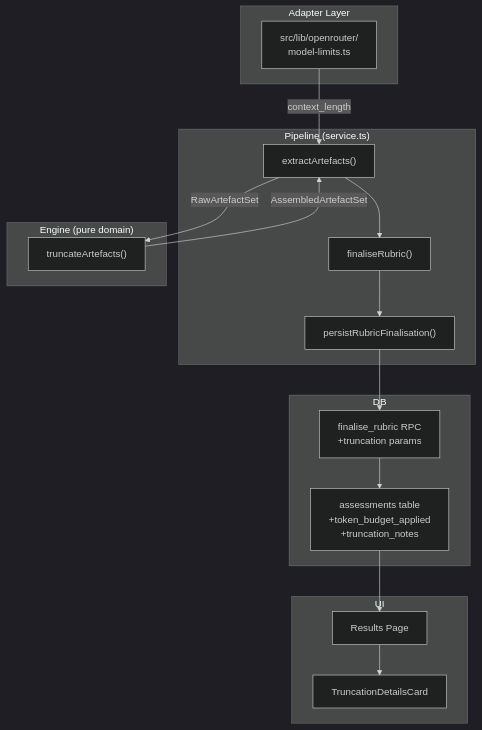
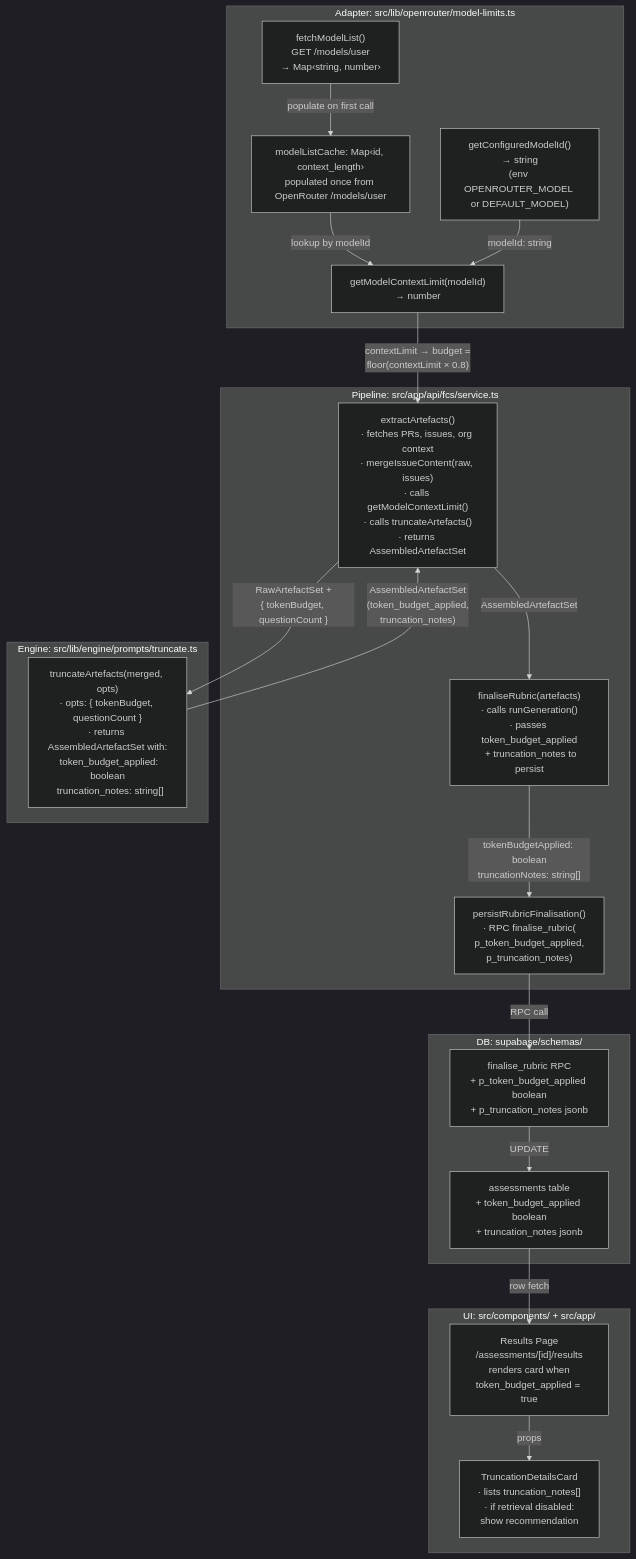
One commit to mironyx/feature-comprehension-score changed the third of 3 diagrams in docs/design/lld-v5-e1-token-budget.md. Above: the diagram before and after it, drawn with Mermaid (dark theme). The commit also changed other lines of this file and 2 other files, not shown here.

````diff
--- a/docs/design/lld-v5-e1-token-budget.md
+++ b/docs/design/lld-v5-e1-token-budget.md
@@ -71,32 +73,42 @@
 ```mermaid
 graph TD
-    subgraph "Adapter Layer"
-        ORM["src/lib/openrouter/\nmodel-limits.ts"]
-    end
-    subgraph "Pipeline (service.ts)"
-        EA["extractArtefacts()"]
-        FR["finaliseRubric()"]
-        PF["persistRubricFinalisation()"]
-    end
-    subgraph "Engine (pure domain)"
-        TA["truncateArtefacts()"]
-    end
-    subgraph "DB"
-        AT["assessments table\n+token_budget_applied\n+truncation_notes"]
-        FN["finalise_rubric RPC\n+truncation params"]
-    end
-    subgraph "UI"
-        TDC["TruncationDetailsCard"]
-        RP["Results Page"]
+    subgraph "Adapter: src/lib/openrouter/model-limits.ts"
+        GCMI["getConfiguredModelId()\n→ string\n(env OPENROUTER_MODEL or DEFAULT_MODEL)"]
+        GML["getModelContextLimit(modelId)\n→ number"]
+        Cache["modelListCache: Map‹id, context_length›\npopulated once from OpenRouter /models/user"]
+        FML["fetchModelList()\nGET /models/user\n→ Map‹string, number›"]
+        FML -->|"populate on first call"| Cache
+        Cache -->|"lookup by modelId"| GML
     end
 
-    ORM -->|context_length| EA
-    EA -->|RawArtefactSet| TA
-    TA -->|AssembledArtefactSet| EA
-    EA --> FR
-    FR --> PF
-    PF --> FN
-    FN --> AT
-    AT --> RP
-    RP --> TDC
+    subgraph "Pipeline: src/app/api/fcs/service.ts"
+        EA["extractArtefacts()\n· fetches PRs, issues, org context\n· mergeIssueContent(raw, issues)\n· calls getModelContextLimit()\n· calls truncateArtefacts()\n· returns AssembledArtefactSet"]
+        FR["finaliseRubric(artefacts)\n· calls runGeneration()\n· passes token_budget_applied\n  + truncation_notes to persist"]
+        PF["persistRubricFinalisation()\n· RPC finalise_rubric(\n    p_token_budget_applied,\n    p_truncation_notes)"]
+    end
+
+    subgraph "Engine: src/lib/engine/prompts/truncate.ts"
+        TA["truncateArtefacts(merged, opts)\n· opts: { tokenBudget, questionCount }\n· returns AssembledArtefactSet with:\n  token_budget_applied: boolean\n  truncation_notes: string[]"]
+    end
+
+    subgraph "DB: supabase/schemas/"
+        FN["finalise_rubric RPC\n+ p_token_budget_applied boolean\n+ p_truncation_notes jsonb"]
+        AT["assessments table\n+ token_budget_applied boolean\n+ truncation_notes jsonb"]
+    end
+
+    subgraph "UI: src/components/ + src/app/"
+        RP["Results Page\n/assessments/[id]/results\nrenders card when\ntoken_budget_applied = true"]
+        TDC["TruncationDetailsCard\n· lists truncation_notes[]\n· if retrieval disabled:\n  show recommendation"]
+    end
+
+    GCMI -->|"modelId: string"| GML
+    GML -->|"contextLimit → budget =\nfloor(contextLimit × 0.8)"| EA
+    EA -->|"RawArtefactSet +\n{ tokenBudget, questionCount }"| TA
+    TA -->|"AssembledArtefactSet\n(token_budget_applied,\ntruncation_notes)"| EA
+    EA -->|"AssembledArtefactSet"| FR
+    FR -->|"tokenBudgetApplied: boolean\ntruncationNotes: string[]"| PF
+    PF -->|"RPC call"| FN
+    FN -->|"UPDATE"| AT
+    AT -->|"row fetch"| RP
+    RP -->|"props"| TDC
 ```
````
